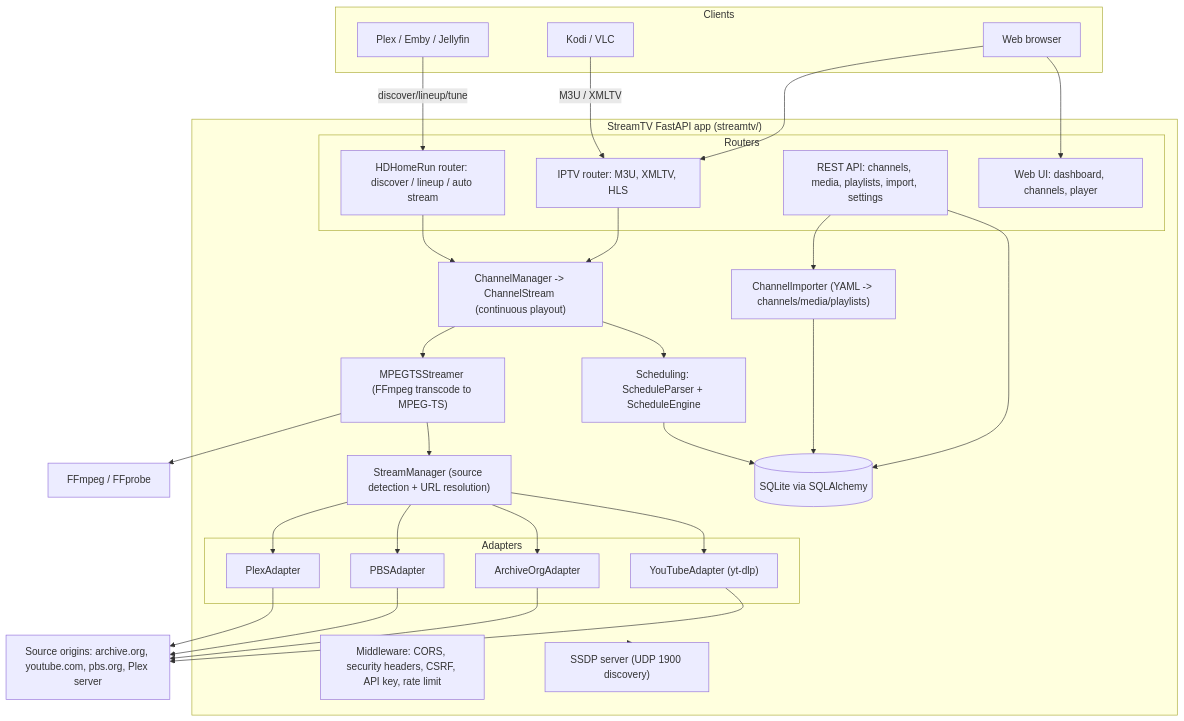
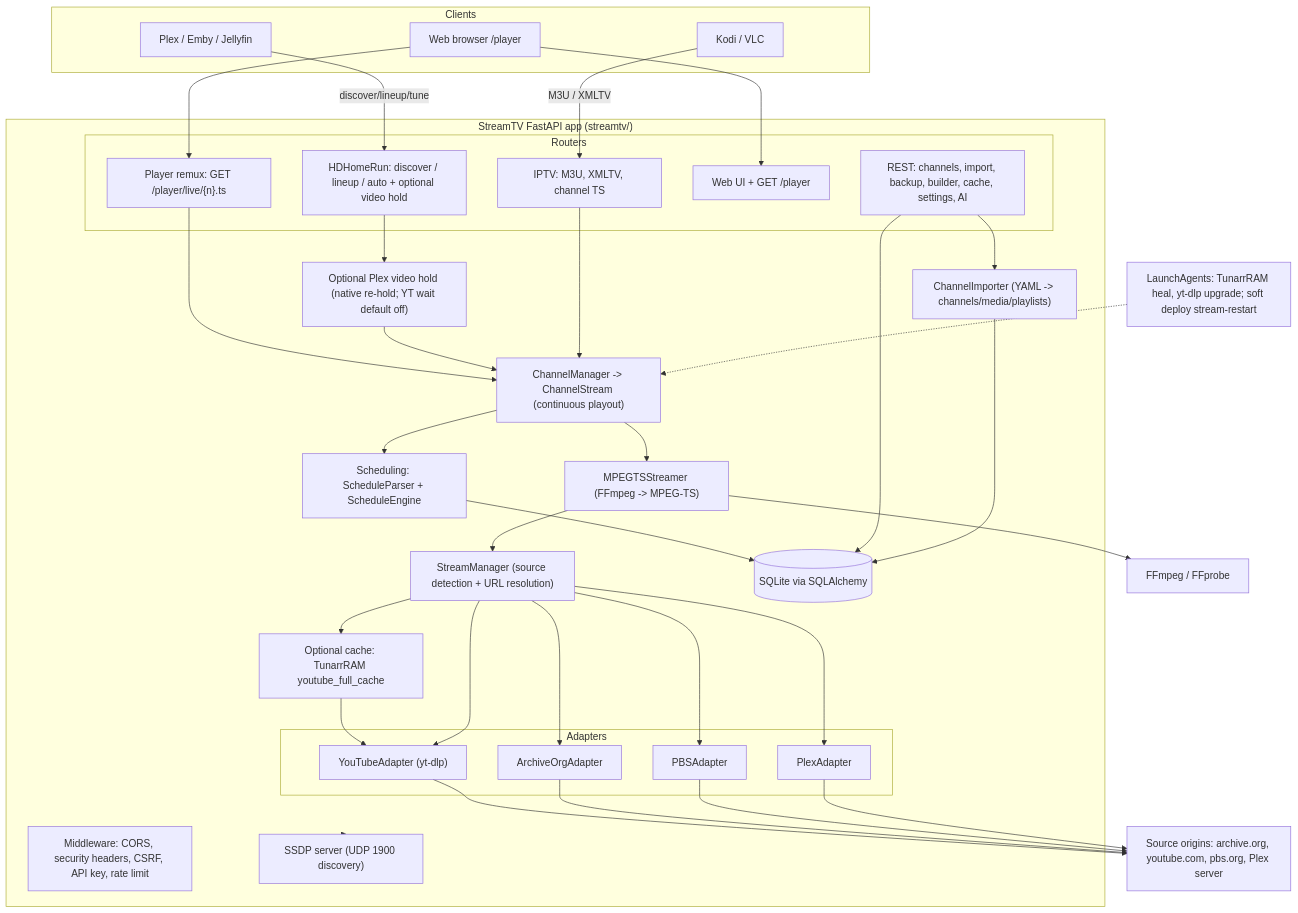
Before and after one commit to roto31/StreamTV: the first of 7 diagrams in ARCHITECTURE.md, drawn with Mermaid. The commit also changed other lines of this file and 27 other files, not shown here.

````diff
--- a/ARCHITECTURE.md
+++ b/ARCHITECTURE.md
@@ -14,53 +14,62 @@
 ```mermaid
 flowchart TD
     subgraph Clients
         PLEX["Plex / Emby / Jellyfin"]
         KODI["Kodi / VLC"]
-        BROWSER["Web browser"]
+        BROWSER["Web browser /player"]
     end
 
     subgraph App["StreamTV FastAPI app (streamtv/)"]
         MW["Middleware: CORS, security headers, CSRF, API key, rate limit"]
         subgraph Routers
-            HDHR["HDHomeRun router: discover / lineup / auto stream"]
-            IPTV["IPTV router: M3U, XMLTV, HLS"]
-            API["REST API: channels, media, playlists, import, settings"]
-            WEB["Web UI: dashboard, channels, player"]
+            HDHR["HDHomeRun: discover / lineup / auto + optional video hold"]
+            IPTV["IPTV: M3U, XMLTV, channel TS"]
+            API["REST: channels, import, backup, builder, cache, settings, AI"]
+            WEB["Web UI + GET /player"]
+            PLAYER["Player remux: GET /player/live/{n}.ts"]
         end
         SSDP["SSDP server (UDP 1900 discovery)"]
         CM["ChannelManager -> ChannelStream (continuous playout)"]
         SCHED["Scheduling: ScheduleParser + ScheduleEngine"]
-        STREAMER["MPEGTSStreamer (FFmpeg transcode to MPEG-TS)"]
+        STREAMER["MPEGTSStreamer (FFmpeg -> MPEG-TS)"]
         SM["StreamManager (source detection + URL resolution)"]
+        CACHE["Optional cache: TunarrRAM youtube_full_cache"]
+        HOLD["Optional Plex video hold (native re-hold; YT wait default off)"]
         subgraph Adapters
             YT["YouTubeAdapter (yt-dlp)"]
             AO["ArchiveOrgAdapter"]
             PBS["PBSAdapter"]
             PX["PlexAdapter"]
         end
         IMP["ChannelImporter (YAML -> channels/media/playlists)"]
         DB[("SQLite via SQLAlchemy")]
     end
 
     EXT["Source origins: archive.org, youtube.com, pbs.org, Plex server"]
     FFMPEG["FFmpeg / FFprobe"]
+    HEAL["LaunchAgents: TunarrRAM heal, yt-dlp upgrade; soft deploy stream-restart"]
 
     PLEX -->|discover/lineup/tune| HDHR
     KODI -->|M3U / XMLTV| IPTV
     BROWSER --> WEB
-    BROWSER --> IPTV
+    BROWSER --> PLAYER
+    PLAYER --> CM
 
-    HDHR --> CM
+    HDHR --> HOLD
+    HOLD --> CM
     IPTV --> CM
     CM --> SCHED
     CM --> STREAMER
     SCHED --> DB
     STREAMER --> SM
+    SM --> CACHE
+    CACHE --> YT
     SM --> YT & AO & PBS & PX
     YT & AO & PBS & PX --> EXT
     STREAMER --> FFMPEG
     API --> DB
     API --> IMP
     IMP --> DB
     App --> SSDP
+    HEAL -.-> CM
 ```
````
